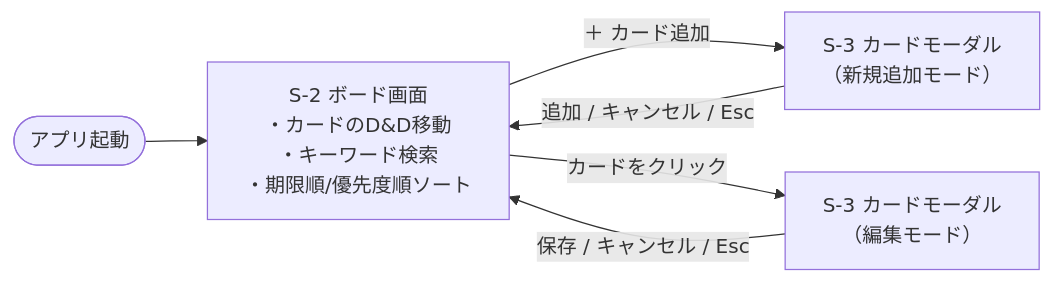
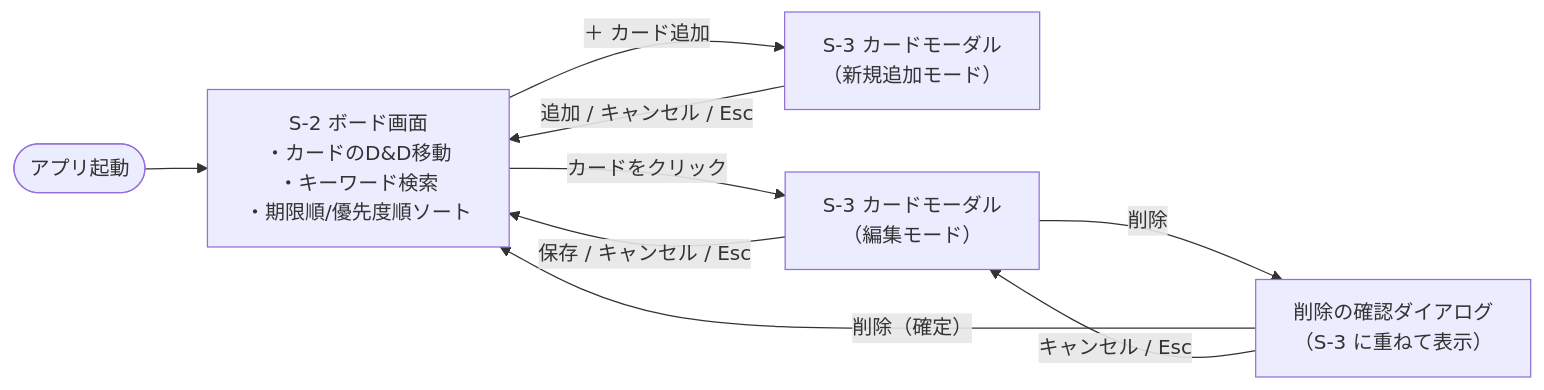
One commit to masato-N918/raisetech_ai changed the diagram in docs/画面設計書.md. Above: the diagram before and after it, drawn with Mermaid. The commit also changed other lines of this file and 3 other files, not shown here.

````diff
--- a/docs/画面設計書.md
+++ b/docs/画面設計書.md
@@ -16,13 +16,17 @@
 ```mermaid
 flowchart LR
     start([アプリ起動]) --> S2
 
     S2["S-2 ボード画面<br/>・カードのD&D移動<br/>・キーワード検索<br/>・期限順/優先度順ソート"]
     S3a["S-3 カードモーダル<br/>（新規追加モード）"]
     S3b["S-3 カードモーダル<br/>（編集モード）"]
+    C1["削除の確認ダイアログ<br/>（S-3 に重ねて表示）"]
 
     S2 -->|＋ カード追加| S3a
     S2 -->|カードをクリック| S3b
     S3a -->|追加 / キャンセル / Esc| S2
     S3b -->|保存 / キャンセル / Esc| S2
+    S3b -->|削除| C1
+    C1 -->|削除（確定）| S2
+    C1 -->|キャンセル / Esc| S3b
 ```
````
